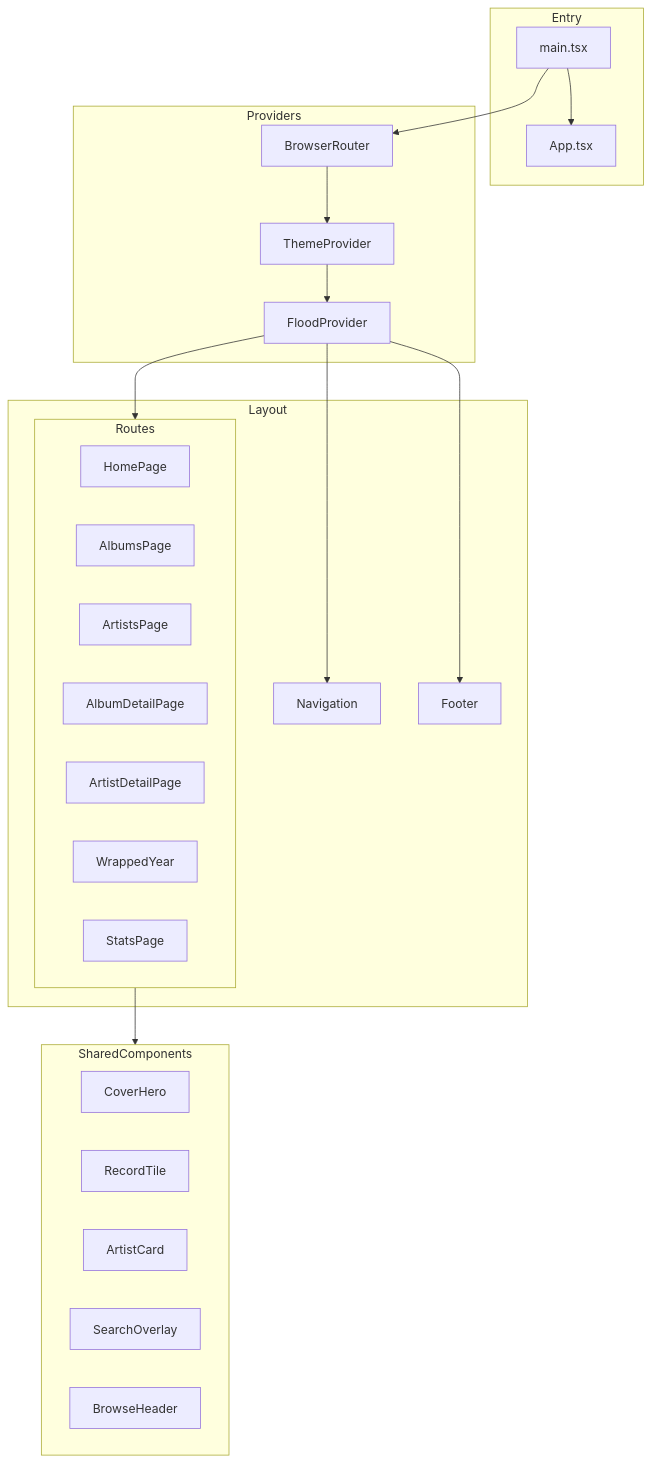
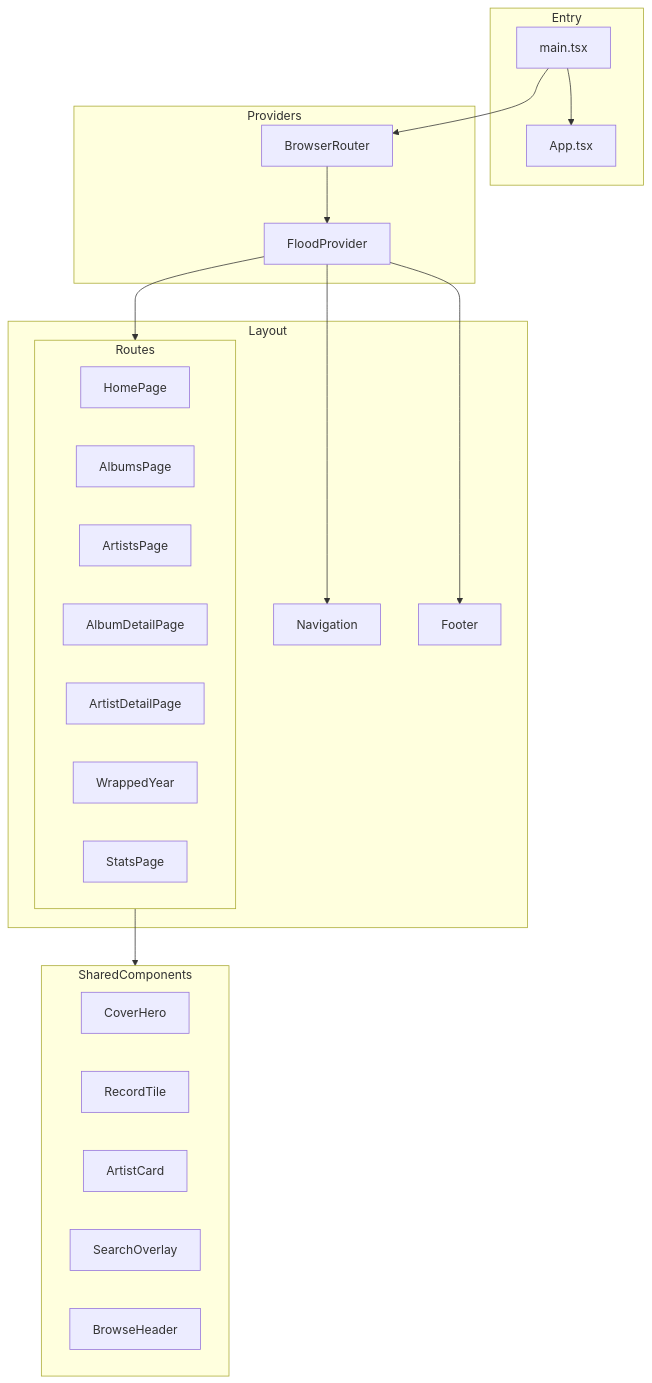
One commit to russmckendrick/russ-fm changed the first of 2 diagrams in docs/frontend/README.md. Above: the diagram before and after it, drawn with Mermaid. The commit also changed other lines of this file and 14 other files, not shown here.

````diff
--- a/docs/frontend/README.md
+++ b/docs/frontend/README.md
@@ -76,38 +75,37 @@
 ```mermaid
 flowchart TB
     subgraph Entry
         main.tsx --> App.tsx
     end
 
     subgraph Providers
         main.tsx --> BrowserRouter
-        BrowserRouter --> ThemeProvider
-        ThemeProvider --> FloodProvider
+        BrowserRouter --> FloodProvider
     end
 
     subgraph Layout
         FloodProvider --> Navigation
         FloodProvider --> Routes
         FloodProvider --> Footer
     end
 
     subgraph Routes
         HomePage
         AlbumsPage
         ArtistsPage
         AlbumDetailPage
         ArtistDetailPage
         WrappedYear
         StatsPage
     end
 
     subgraph SharedComponents
         CoverHero
         RecordTile
         ArtistCard
         SearchOverlay
         BrowseHeader
     end
 
     Routes --> SharedComponents
 ```
````
